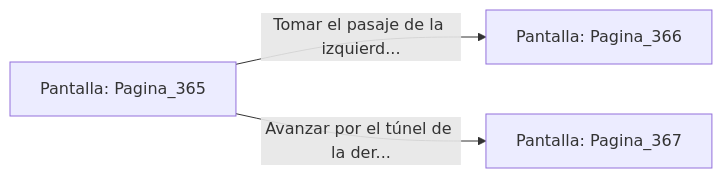
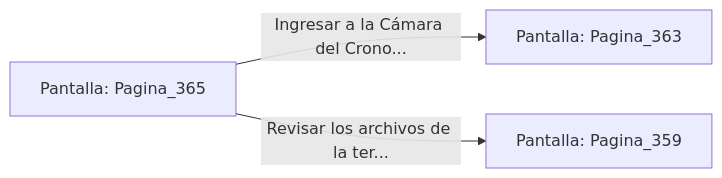
One commit to metsuke/mpl changed the diagram in sample/eligejuego-vault/Pantalla_Pagina_365.md. Above: the diagram before and after it, drawn with Mermaid. The commit also changed other lines of this file and 635 other files, not shown here.

First line of the commit message:
fix: añadir Pagina_1 como pantalla inicial en capitulo_01.mpl

````diff
--- a/sample/eligejuego-vault/Pantalla_Pagina_365.md
+++ b/sample/eligejuego-vault/Pantalla_Pagina_365.md
@@ -20,6 +24,6 @@
 ```mermaid
 graph LR
     P_Pagina_365["Pantalla: Pagina_365"]
-    P_Pagina_365 -->|"Tomar el pasaje de la izquierd..."| P_Pagina_366["Pantalla: Pagina_366"]
-    P_Pagina_365 -->|"Avanzar por el túnel de la der..."| P_Pagina_367["Pantalla: Pagina_367"]
+    P_Pagina_365 -->|"Ingresar a la Cámara del Crono..."| P_Pagina_363["Pantalla: Pagina_363"]
+    P_Pagina_365 -->|"Revisar los archivos de la ter..."| P_Pagina_359["Pantalla: Pagina_359"]
 ```
````
